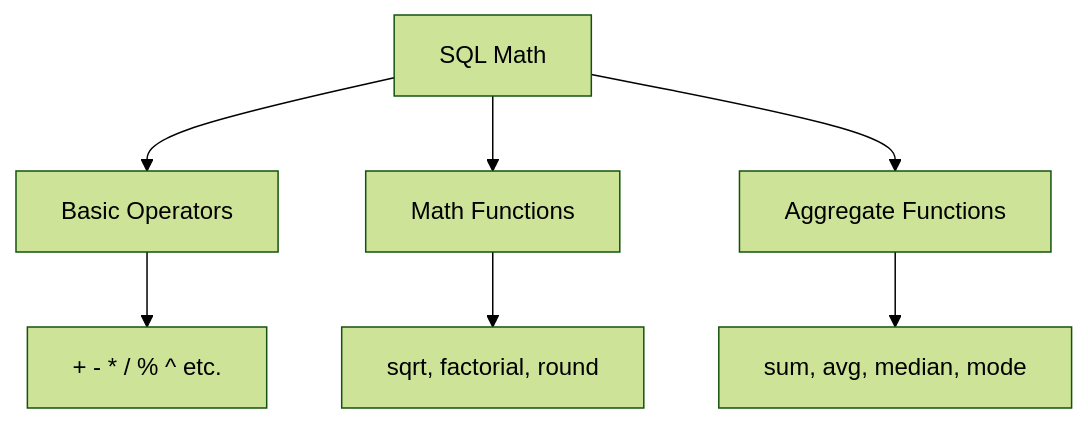
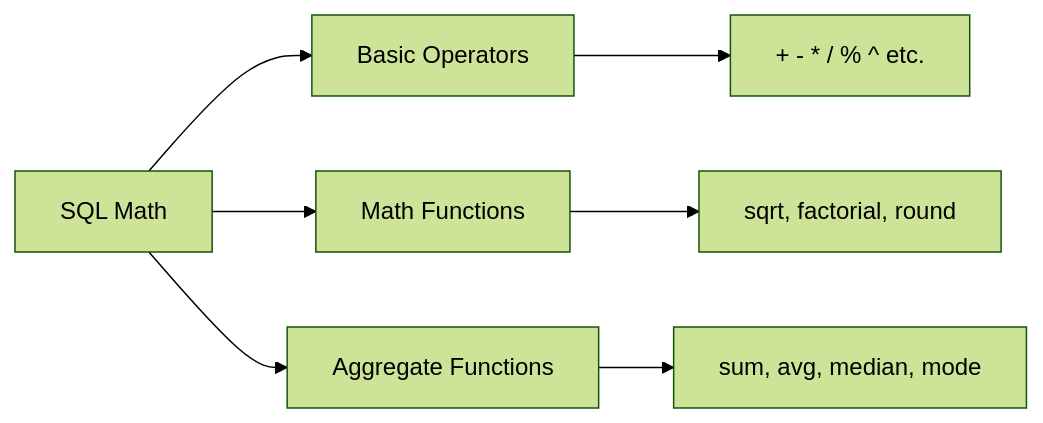
One commit to Furba2/Obsidian changed the first of 13 diagrams in Practical SQL/chap_6.md. Above: the diagram before and after it, drawn with Mermaid (forest theme). The commit also changed other lines of this file and 2 other files, not shown here.

````diff
--- a/Practical SQL/chap_6.md
+++ b/Practical SQL/chap_6.md
@@ -9,9 +5,9 @@
 ```mermaid
-flowchart TD
+flowchart LR
     A[SQL Math] --> B[Basic Operators]
     A --> C[Math Functions]
     A --> D[Aggregate Functions]
     B --> E[+ - * / % ^ etc.]
     C --> F[sqrt, factorial, round]
     D --> G[sum, avg, median, mode]
 ```
````
